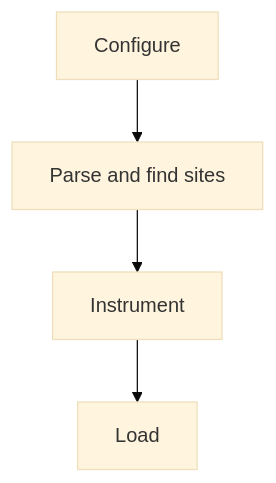
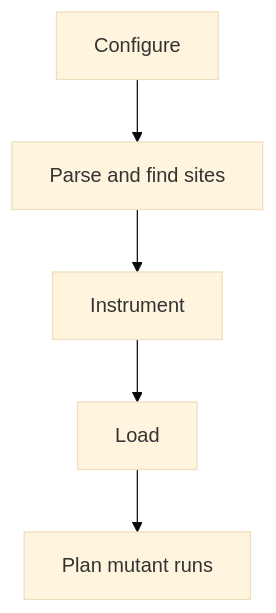
The first of 3 diagrams in docs/design/architecture.md (setdef/stryker_for_ruby), drawn with Mermaid (base theme) before and after one commit. The commit also changed other lines of this file and 13 other files, not shown here.

First line of the commit message:
feat(plan): give each mutant NoCoverage, a static run, or a runtime run

````diff
--- a/docs/design/architecture.md
+++ b/docs/design/architecture.md
@@ -11,6 +11,7 @@
 ```mermaid
 flowchart TB
   C["Configure"] --> P["Parse and find sites"]
   P --> I["Instrument"]
   I --> L["Load"]
+  L --> PL["Plan mutant runs"]
 ```
````
